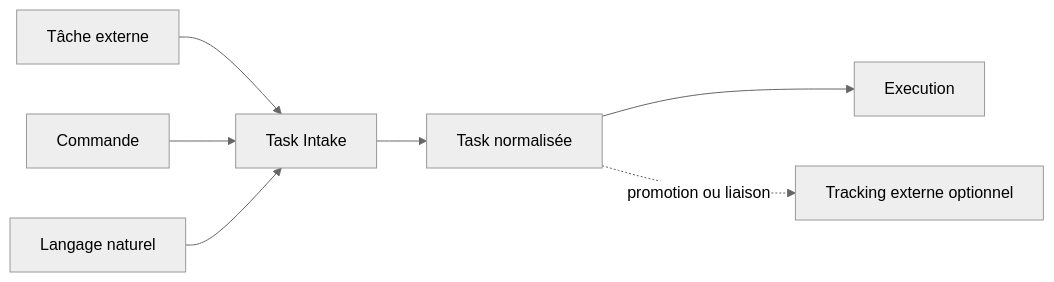
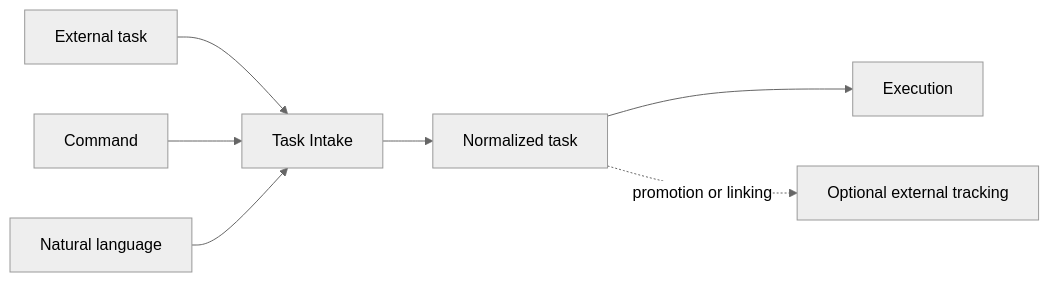
One commit to ricken07/ai-engineering-factory changed the sixth of 8 diagrams in docs/00-factory-reference-architecture.md. Above: the diagram before and after it, drawn with Mermaid (neutral theme). The commit also changed other lines of this file and 32 other files, not shown here.

````diff
--- a/docs/00-factory-reference-architecture.md
+++ b/docs/00-factory-reference-architecture.md
@@ -419,16 +406,16 @@
 ```mermaid
 flowchart LR
-    external[Tâche externe]
-    command[Commande]
-    natural[Langage naturel]
+    external[External task]
+    command[Command]
+    natural[Natural language]
     intake[Task Intake]
-    task[Task normalisée]
+    task[Normalized task]
     execution[Execution]
-    tracking[Tracking externe optionnel]
+    tracking[Optional external tracking]
 
     external --> intake
     command --> intake
     natural --> intake
     intake --> task --> execution
-    task -. promotion ou liaison .-> tracking
+    task -. promotion or linking .-> tracking
 ```
````
